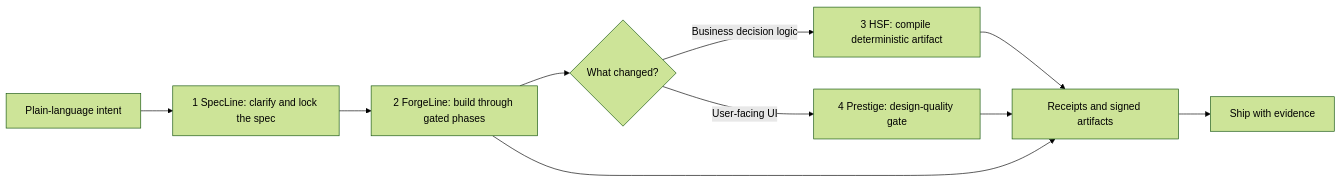
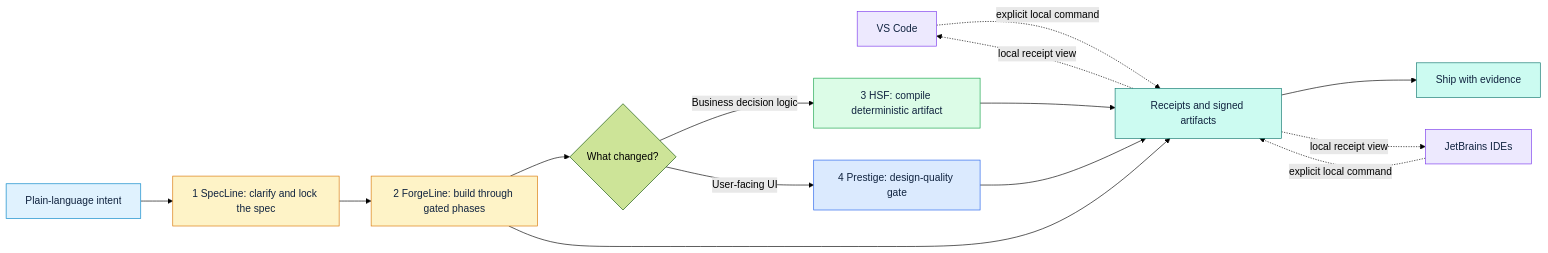
One commit to zrk222/code-factory changed the second of 2 diagrams in README.md. Above: the diagram before and after it, drawn with Mermaid (forest theme). The commit also changed other lines of this file and 36 other files, not shown here.

Commit message:
Add JetBrains receipt control room

````diff
--- a/README.md
+++ b/README.md
@@ -80,12 +95,28 @@
 ```mermaid
 flowchart LR
+    V["VS Code"] -. "explicit local command" .-> G
+    J["JetBrains IDEs"] -. "explicit local command" .-> G
     A["Plain-language intent"] --> B["1 SpecLine: clarify and lock the spec"]
     B --> C["2 ForgeLine: build through gated phases"]
     C --> D{"What changed?"}
     D -->|"Business decision logic"| E["3 HSF: compile deterministic artifact"]
     D -->|"User-facing UI"| F["4 Prestige: design-quality gate"]
     E --> G["Receipts and signed artifacts"]
     F --> G
     C --> G
     G --> H["Ship with evidence"]
+    G -. "local receipt view" .-> V
+    G -. "local receipt view" .-> J
+    classDef intent fill:#e0f2fe,stroke:#0284c7,color:#10233f
+    classDef gate fill:#fef3c7,stroke:#d97706,color:#10233f
+    classDef artifact fill:#dcfce7,stroke:#16a34a,color:#10233f
+    classDef design fill:#dbeafe,stroke:#2563eb,color:#10233f
+    classDef evidence fill:#ccfbf1,stroke:#0f766e,color:#10233f
+    classDef editor fill:#ede9fe,stroke:#7c3aed,color:#10233f
+    class A intent
+    class B,C gate
+    class E artifact
+    class F design
+    class G,H evidence
+    class V,J editor
 ```
````
